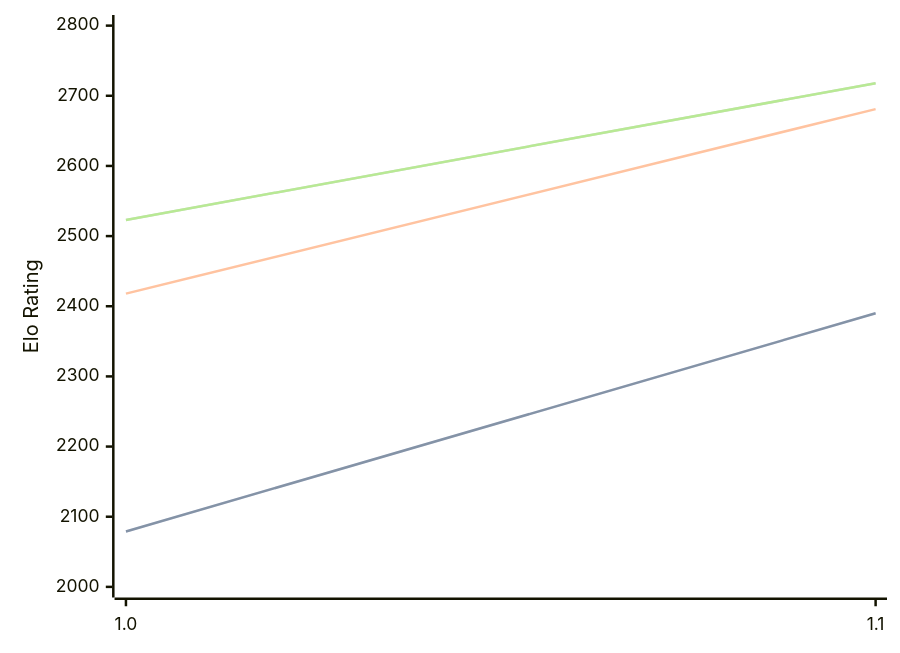
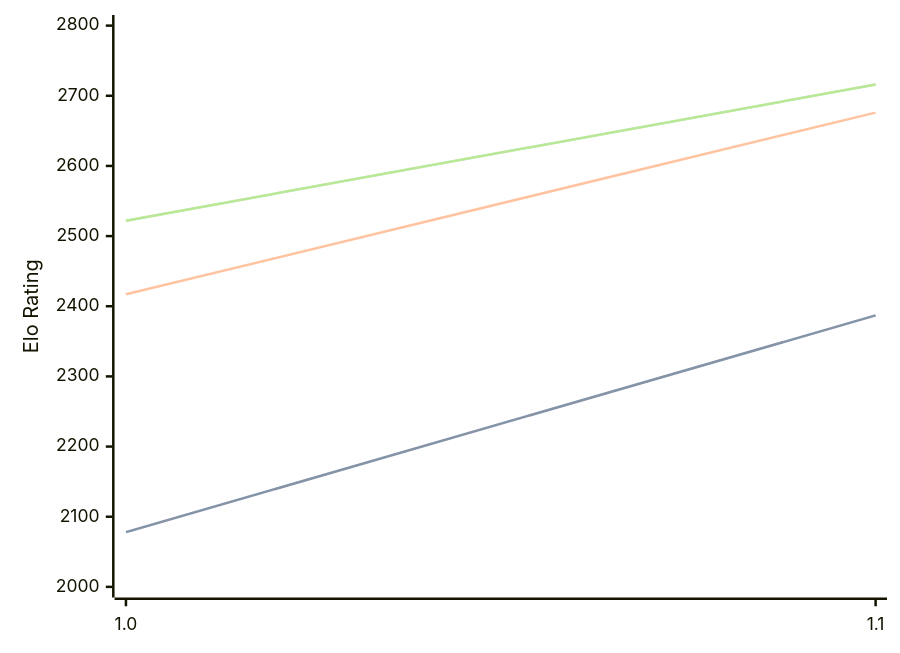
Before and after one commit to computer-chess-index/cci: the diagram in engines/Erinn.md, drawn with Mermaid. The commit also changed other lines of this file, not shown here.

Commit message:
Update CCI Ratings (ELO VLTC) - 2026-07-27

````diff
--- a/engines/Erinn.md
+++ b/engines/Erinn.md
@@ -32,11 +32,11 @@
 ```mermaid
 %%{init: {"theme":"base","themeVariables":{"seriesColors:['#a3a3a3','#222221','#faa371']}}}%%
 xychart-beta
   x-axis ["1.0", "1.1"]
   y-axis "Elo Rating" 2000 --> 2800
-  line "STC (8.0+0.08s)" [2079, 2390]
-  line "STC (8.0+0.08s)" [2079, 2390]
-  line "LTC (60.0+0.60s)" [2418, 2681]
-  line "VLTC (2m24s+1.12s)" [2523, 2718]
-  line "VLTC (2m24s+1.12s)" [2523, 2718]
+  line "STC (8.0+0.08s)" [2078, 2387]
+  line "STC (8.0+0.08s)" [2078, 2387]
+  line "LTC (60.0+0.60s)" [2417, 2676]
+  line "VLTC (2m24s+1.12s)" [2522, 2716]
+  line "VLTC (2m24s+1.12s)" [2522, 2716]
 ```
````
